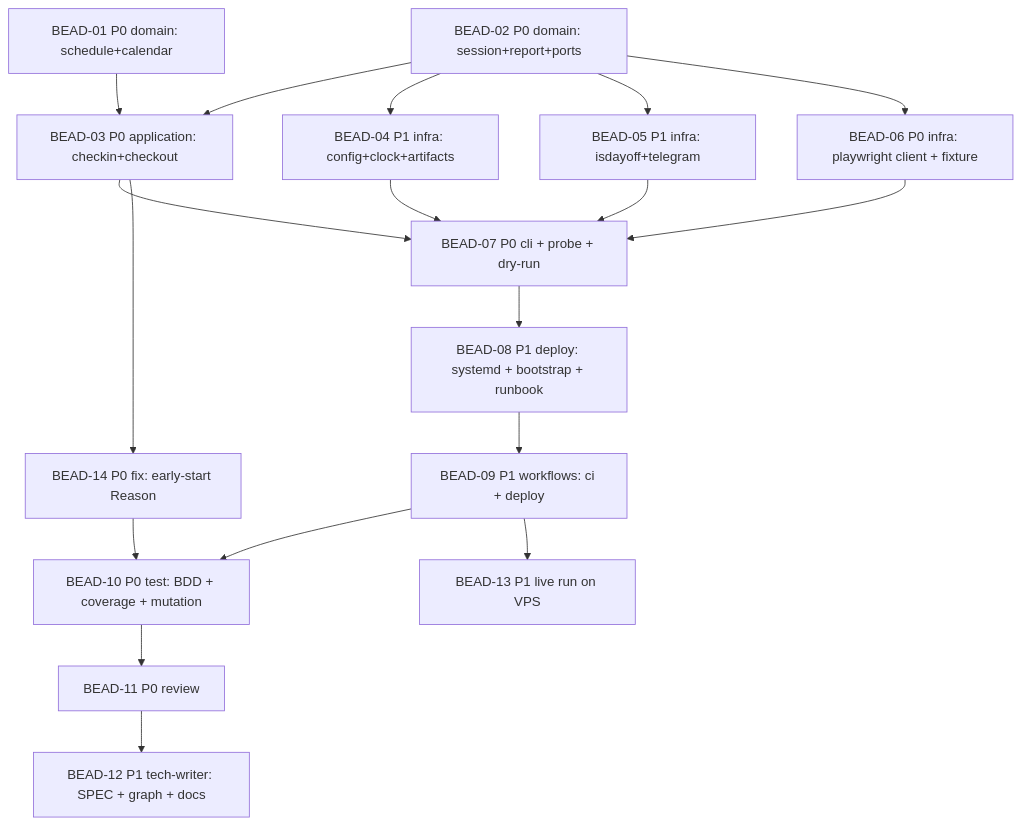
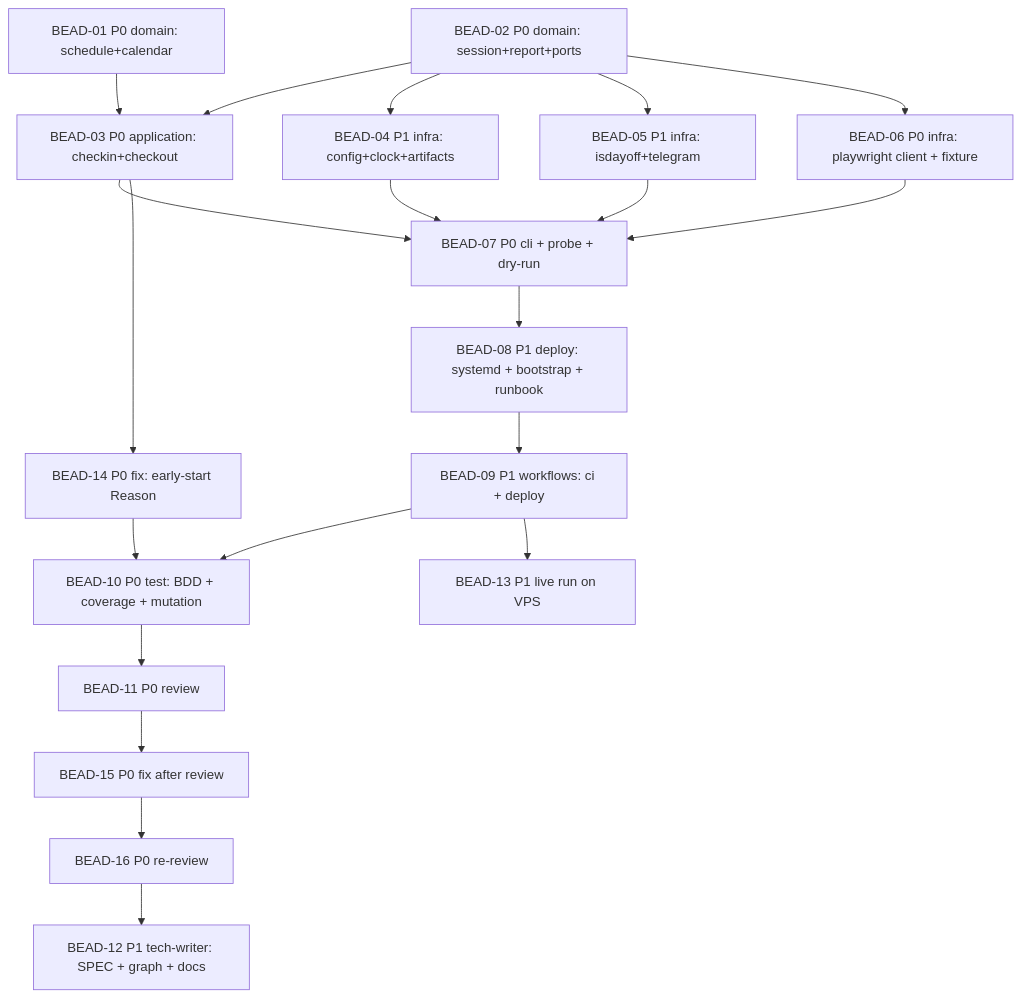
The diagram in .claude/development/docs/features/HT-001/PLAN.md (zoologov/horizon-tracker), drawn with Mermaid before and after one commit. The commit also changed other lines of this file and 3 other files, not shown here.

````diff
--- a/.claude/development/docs/features/HT-001/PLAN.md
+++ b/.claude/development/docs/features/HT-001/PLAN.md
@@ -19,20 +19,22 @@
 ```mermaid
 graph TD
     B01[BEAD-01 P0 domain: schedule+calendar] --> B03[BEAD-03 P0 application: checkin+checkout]
     B02[BEAD-02 P0 domain: session+report+ports] --> B03
     B02 --> B04[BEAD-04 P1 infra: config+clock+artifacts]
     B02 --> B05[BEAD-05 P1 infra: isdayoff+telegram]
     B02 --> B06[BEAD-06 P0 infra: playwright client + fixture]
     B03 --> B07[BEAD-07 P0 cli + probe + dry-run]
     B04 --> B07
     B05 --> B07
     B06 --> B07
     B07 --> B08[BEAD-08 P1 deploy: systemd + bootstrap + runbook]
     B08 --> B09[BEAD-09 P1 workflows: ci + deploy]
     B09 --> B10[BEAD-10 P0 test: BDD + coverage + mutation]
     B10 --> B11[BEAD-11 P0 review]
-    B11 --> B12[BEAD-12 P1 tech-writer: SPEC + graph + docs]
+    B11 --> B15[BEAD-15 P0 fix after review]
+    B15 --> B16[BEAD-16 P0 re-review]
+    B16 --> B12[BEAD-12 P1 tech-writer: SPEC + graph + docs]
     B09 --> B13[BEAD-13 P1 live run on VPS]
     B03 --> B14[BEAD-14 P0 fix: early-start Reason]
     B14 --> B10
 ```
````
